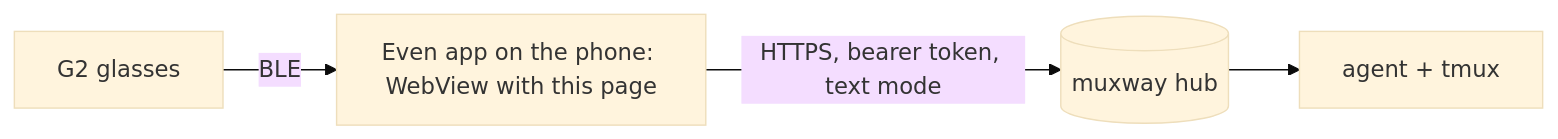
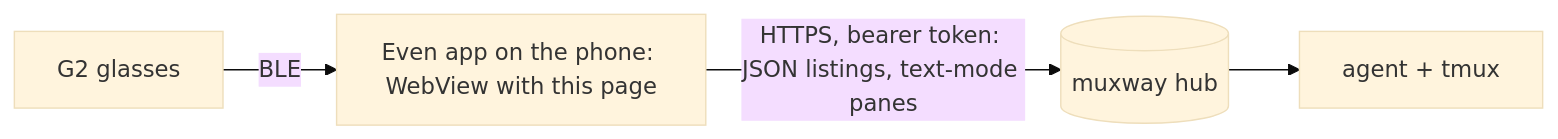
One commit to notmarkopadjen/muxway-glasses-even changed the first of 3 diagrams in docs/ARCHITECTURE.md. Above: the diagram before and after it, drawn with Mermaid (base theme). The commit also changed other lines of this file and 5 other files, not shown here.

First line of the commit message:
Docs: what of the protocol is used, the install flow, Mermaid fixes

````diff
--- a/docs/ARCHITECTURE.md
+++ b/docs/ARCHITECTURE.md
@@ -9,6 +10,6 @@
 ```mermaid
 flowchart LR
     G[G2 glasses] -- BLE --> E[Even app on the phone: WebView with this page]
-    E -- "HTTPS, bearer token, text mode" --> H[(muxway hub)]
+    E -- "HTTPS, bearer token: JSON listings, text-mode panes" --> H[(muxway hub)]
     H --> A[agent + tmux]
 ```
````
